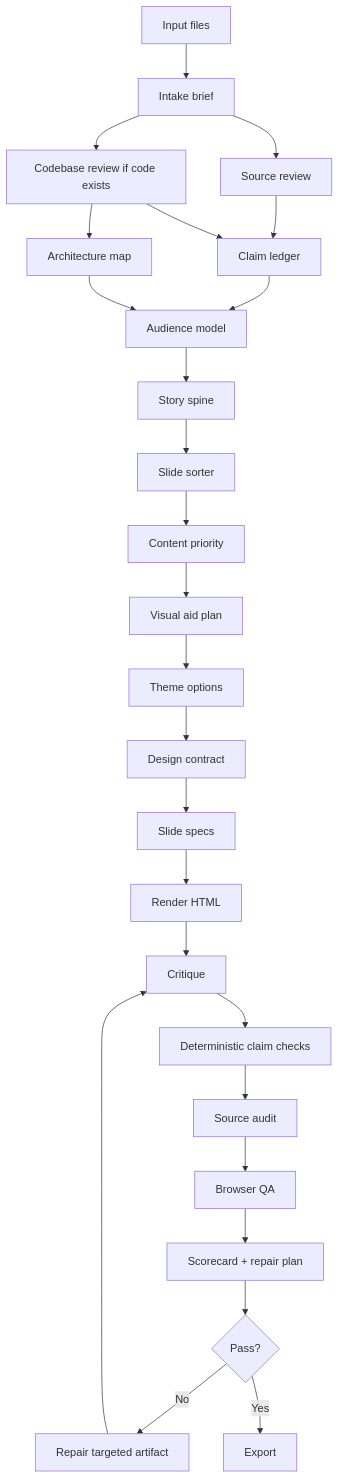
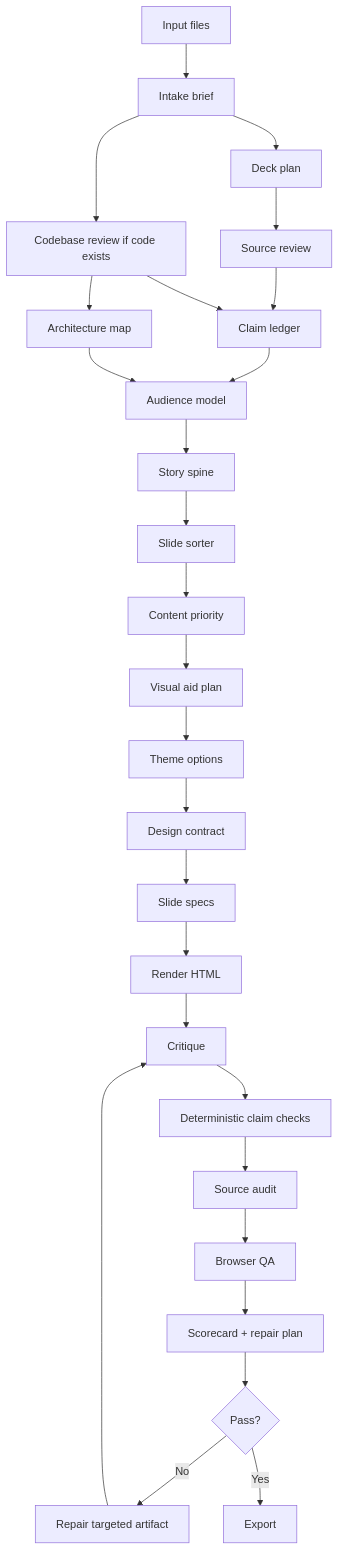
One commit to haomingkoo/slide-generator changed the diagram in docs/workflow.md. Above: the diagram before and after it, drawn with Mermaid. The commit also changed other lines of this file and 33 other files, not shown here.

````diff
--- a/docs/workflow.md
+++ b/docs/workflow.md
@@ -7,28 +7,29 @@
 ```mermaid
 flowchart TD
   A[Input files] --> B[Intake brief]
-  B --> C[Source review]
+  B --> Z[Deck plan]
+  Z --> C[Source review]
   B --> D[Codebase review if code exists]
   C --> E[Claim ledger]
   D --> E
   D --> F[Architecture map]
   E --> G[Audience model]
   F --> G
   G --> H[Story spine]
   H --> I[Slide sorter]
   I --> V[Content priority]
   V --> J[Visual aid plan]
   J --> K[Theme options]
   K --> U[Design contract]
   U --> L[Slide specs]
   L --> M[Render HTML]
   M --> N[Critique]
   N --> O[Deterministic claim checks]
   O --> P[Source audit]
   P --> T[Browser QA]
   T --> W[Scorecard + repair plan]
   W --> Q{Pass?}
   Q -->|No| R[Repair targeted artifact]
   R --> N
   Q -->|Yes| S[Export]
 ```
````
